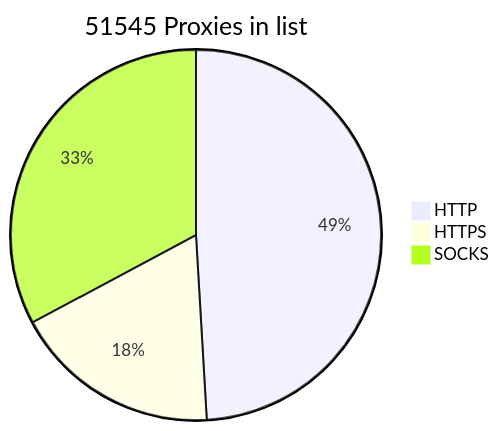
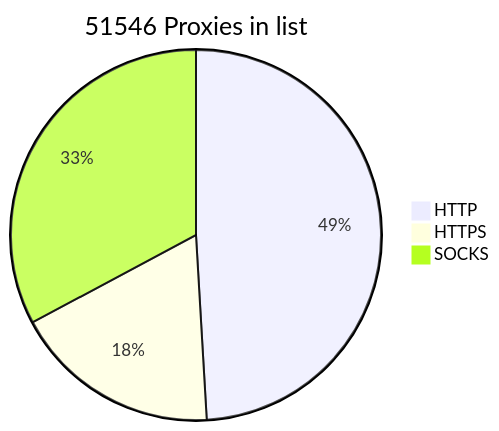
The diagram in README.md (BlackSnowDot/proxylist-update-every-minute), drawn with Mermaid before and after one commit.

````diff
--- a/README.md
+++ b/README.md
@@ -2,6 +2,6 @@
 ```mermaid
-pie title 51545 Proxies in list
-    "HTTP" : 28480
-    "HTTPS": 10514
+pie title 51546 Proxies in list
+    "HTTP" : 28482
+    "HTTPS": 10513
     "SOCKS" : 19045
 ```
````
